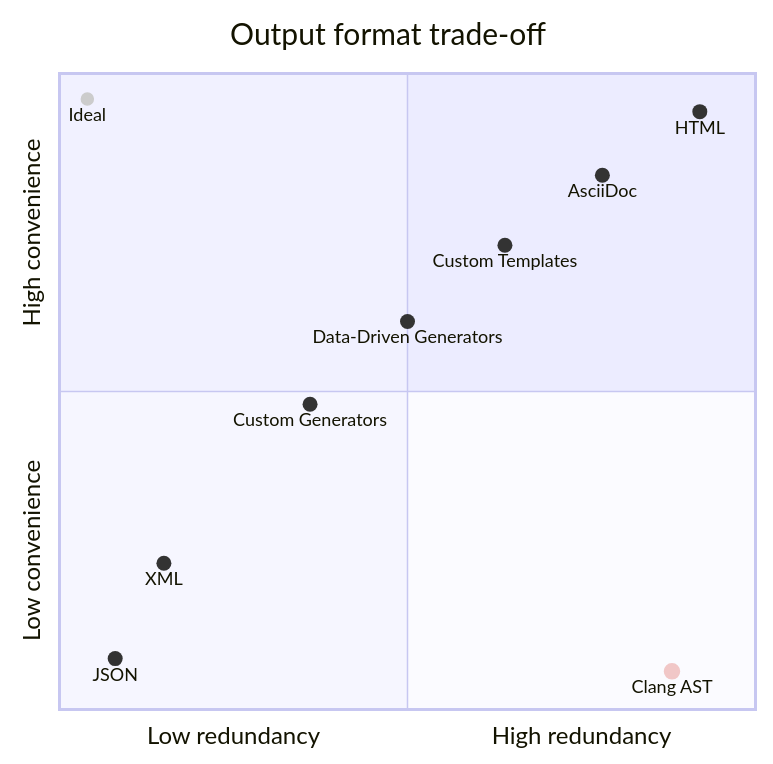
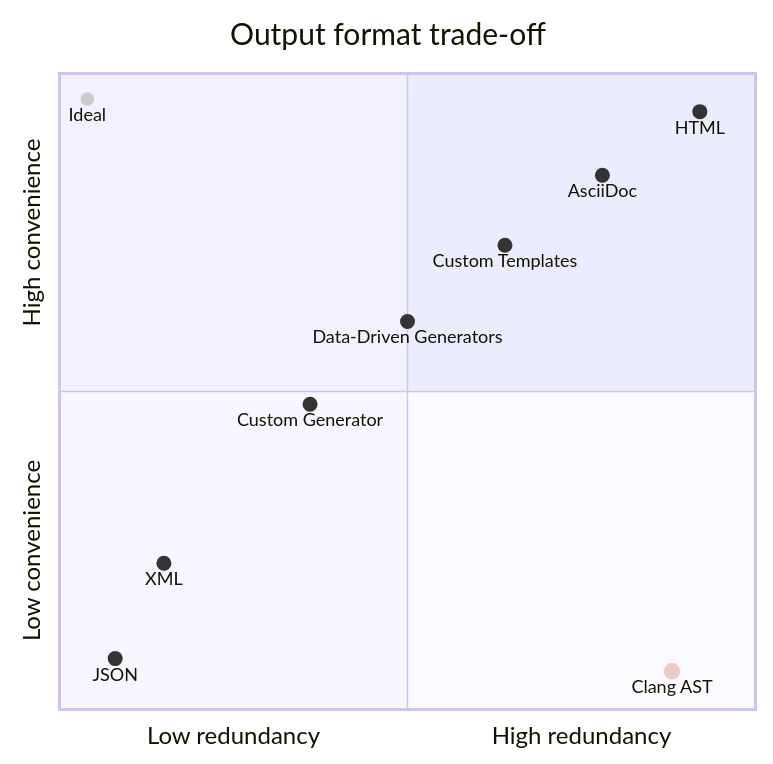
The diagram in docs/modules/ROOT/pages/generators/index.adoc (cppalliance/mrdocs), drawn with Mermaid before and after one commit. The commit also changed other lines of this file and 8 other files, not shown here.

```diff
--- a/docs/modules/ROOT/pages/generators/index.adoc
+++ b/docs/modules/ROOT/pages/generators/index.adoc
@@ -50,16 +50,16 @@
 [mermaid]
 ....
 quadrantChart
     title Output format trade-off
     x-axis Low redundancy --> High redundancy
     y-axis Low convenience --> High convenience
     Ideal: [0.04, 0.96] radius: 4, color: #cccccc, stroke-color: #cccccc, stroke-width: 1px
     HTML: [0.92, 0.94]
     AsciiDoc: [0.78, 0.84]
     Custom Templates: [0.64, 0.73]
     Data-Driven Generators: [0.5, 0.61]
-    Custom Generators: [0.36, 0.48]
+    Custom Generator: [0.36, 0.48]
     JSON: [0.08, 0.08]
     XML: [0.15, 0.23]
     Clang AST: [0.88, 0.06] radius: 5, color: #f1c7c7, stroke-color: #f1c7c7, stroke-width: 1px
 ....
```
